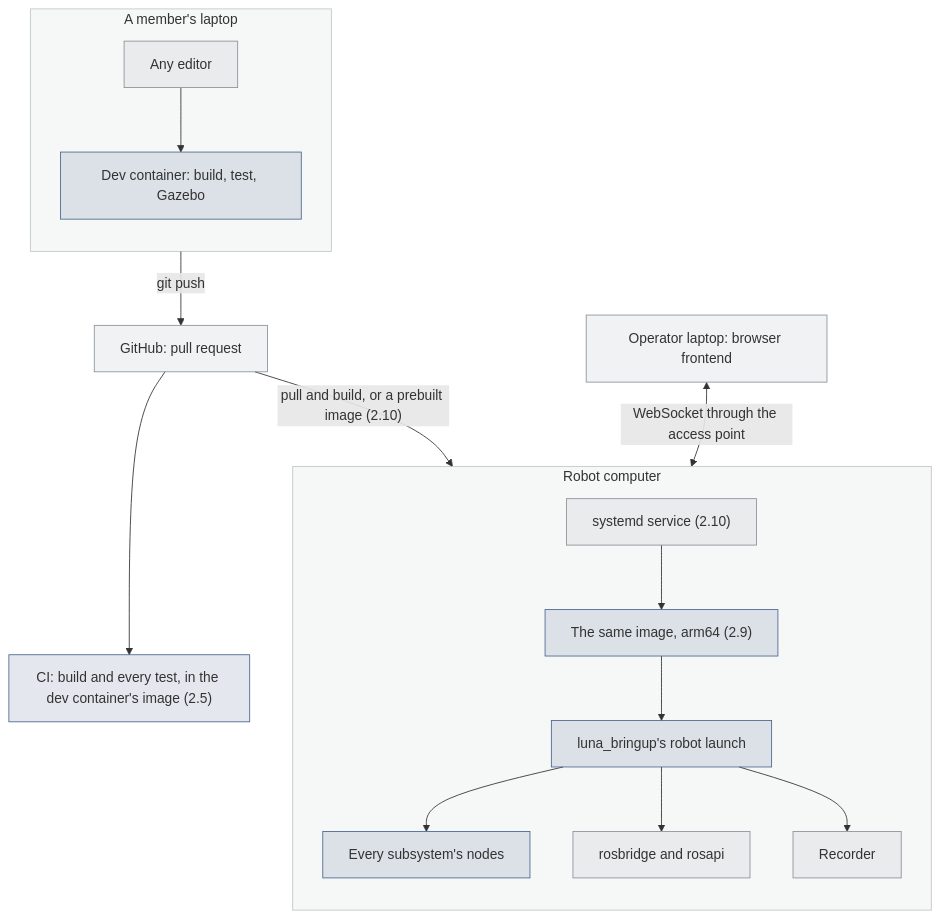
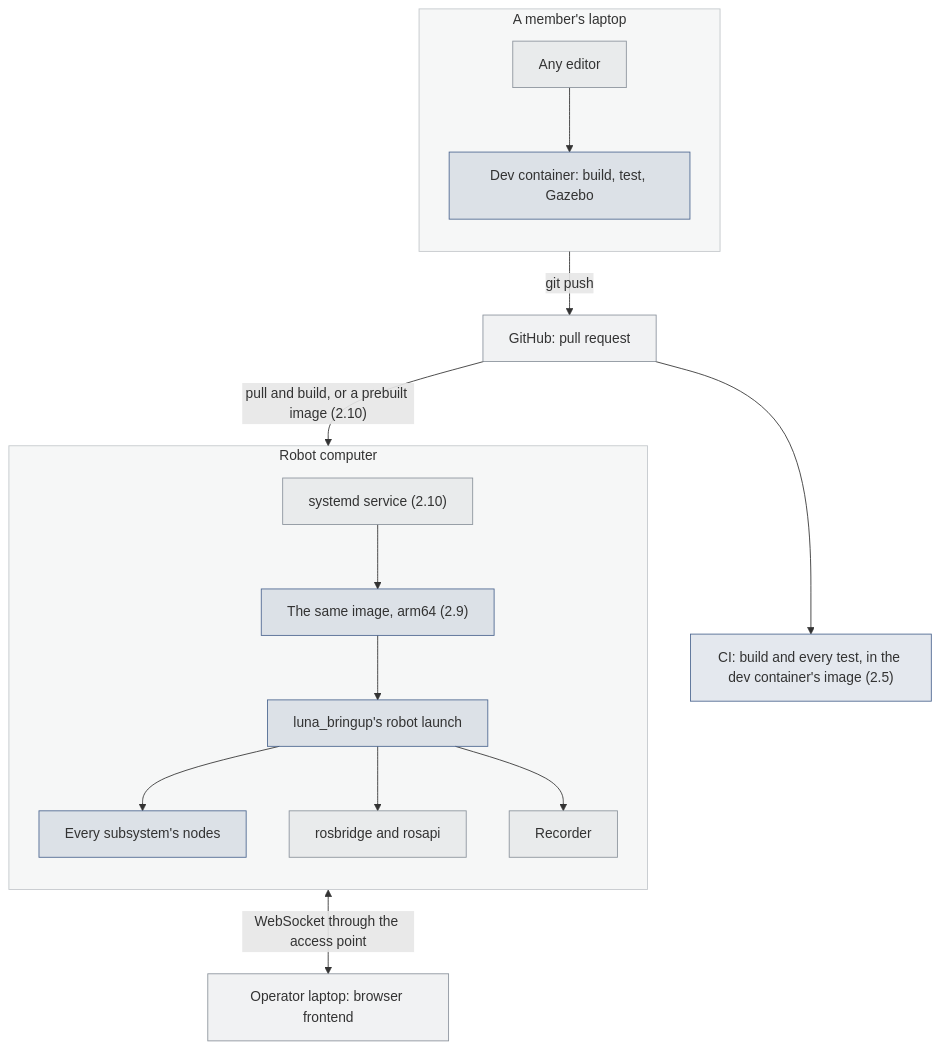
One commit to STAR-Robotics-Team/starrt-luna-software changed the diagram in docs/design/platform.md. Above: the diagram before and after it, drawn with Mermaid. The commit also changed other lines of this file and 10 other files, not shown here.

First line of the commit message:
Link every design doc now that all are written, and tidy their diagrams

````diff
--- a/docs/design/platform.md
+++ b/docs/design/platform.md
@@ -177,40 +170,40 @@
 ```mermaid
 ---
 config:
   flowchart:
     wrappingWidth: 220
 ---
 flowchart TB
   subgraph dev["A member's laptop"]
     direction TB
     editor["Any editor"]
     devc["Dev container: build, test, Gazebo"]
   end
   gh["GitHub: pull request"]
   ci["CI: build and every test, in the dev container's image (2.5)"]
   subgraph robot["Robot computer"]
     direction TB
     sd["systemd service (2.10)"]
     rc["The same image, arm64 (2.9)"]
     bring["luna_bringup's robot launch"]
     nodes["Every subsystem's nodes"]
     rb["rosbridge and rosapi"]
     rec["Recorder"]
     sd --> rc --> bring
     bring --> nodes
     bring --> rb
     bring --> rec
   end
   op["Operator laptop: browser frontend"]
   editor --> devc
   devc -->|"git push"| gh
   gh --> ci
   gh -->|"pull and build, or a prebuilt image (2.10)"| rc
-  op <-->|"WebSocket through the access point"| rb
+  rb <-->|"WebSocket through the access point"| op
   classDef ours fill:#4c669026,stroke:#4c6690
   classDef ros fill:#8b939c1f,stroke:#8b939c
   class devc,ci,rc,bring,nodes ours
   class rb,rec,sd,gh,editor,op ros
   style dev fill:#8b939c14,stroke:#8b939c80
   style robot fill:#8b939c14,stroke:#8b939c80
 ```
````
